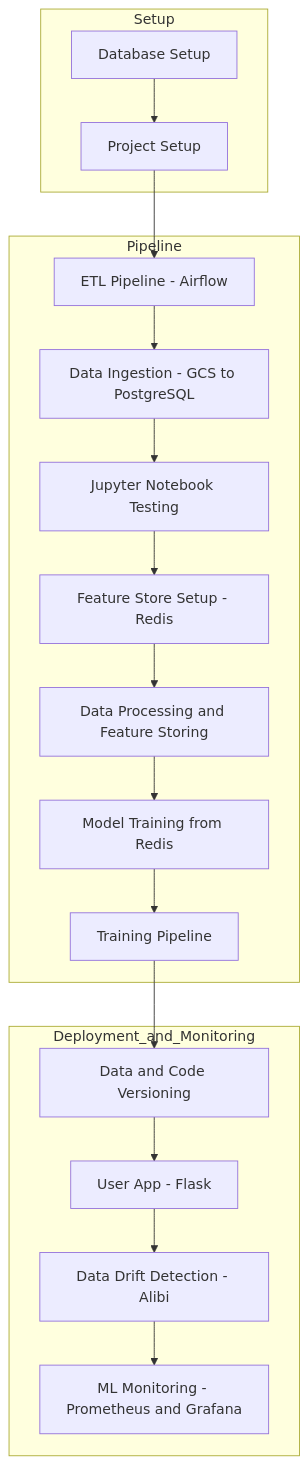
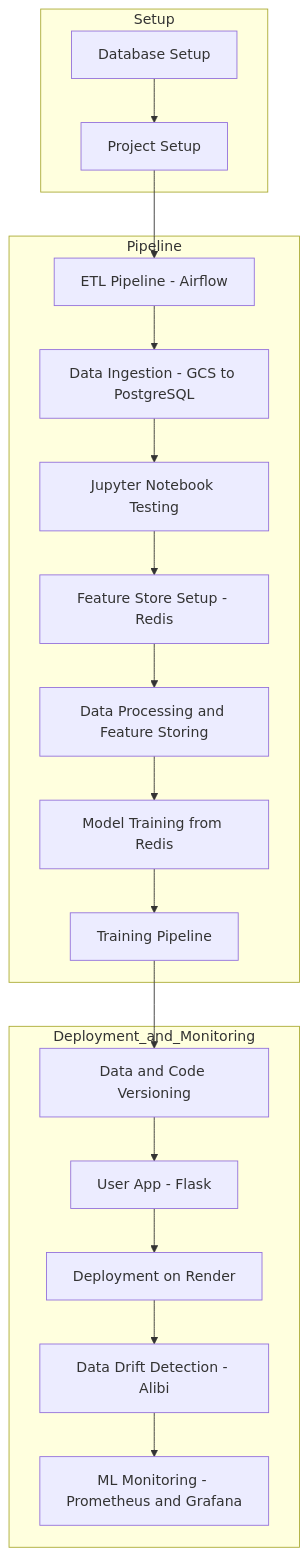
Before and after one commit to aimldinesh/SURVIVERFLOW: the second of 2 diagrams in README.md, drawn with Mermaid.

````diff
--- a/README.md
+++ b/README.md
@@ -72,27 +72,29 @@
 ```mermaid
 graph TD
 
   subgraph Setup
     A[Database Setup]
     B[Project Setup]
   end
 
   subgraph Pipeline
     C[ETL Pipeline - Airflow]
     D[Data Ingestion - GCS to PostgreSQL]
     E[Jupyter Notebook Testing]
     F[Feature Store Setup - Redis]
     G[Data Processing and Feature Storing]
     H[Model Training from Redis]
     I[Training Pipeline]
   end
 
   subgraph Deployment_and_Monitoring
     J[Data and Code Versioning]
     K[User App - Flask]
+    K1[Deployment on Render]
     L[Data Drift Detection - Alibi]
     M[ML Monitoring - Prometheus and Grafana]
   end
 
-  A --> B --> C --> D --> E --> F --> G --> H --> I --> J --> K --> L --> M
+  A --> B --> C --> D --> E --> F --> G --> H --> I --> J --> K --> K1 --> L --> M
+
 ```
````
